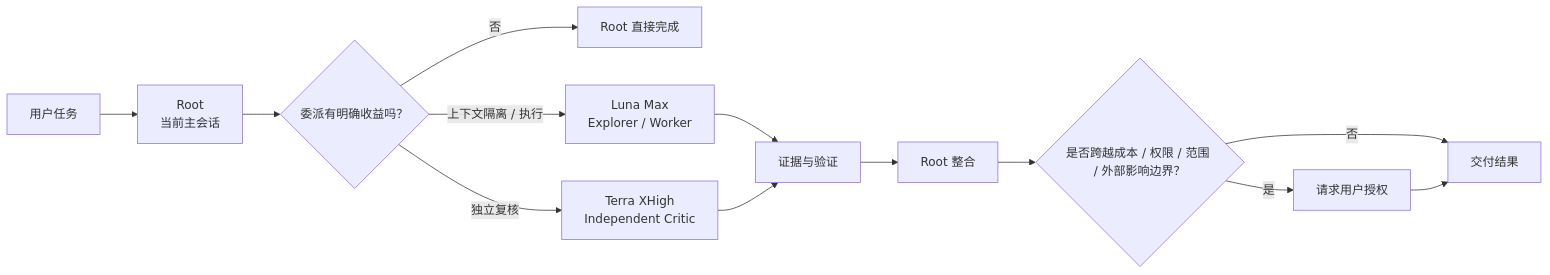
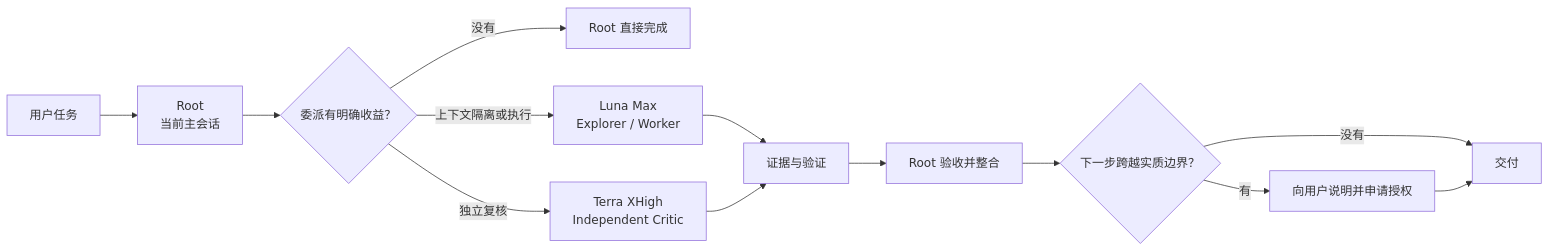
Before and after one commit to R-jed/codex-agent-team: the first of 3 diagrams in README.md, drawn with Mermaid. The commit also changed other lines of this file, not shown here.

````diff
--- a/README.md
+++ b/README.md
@@ -29,15 +27,15 @@
 ```mermaid
 flowchart LR
     U[用户任务] --> R[Root<br/>当前主会话]
-    R --> G{委派有明确收益吗？}
-    G -- 否 --> D[Root 直接完成]
-    G -- 上下文隔离 / 执行 --> L[Luna Max<br/>Explorer / Worker]
+    R --> G{委派有明确收益？}
+    G -- 没有 --> D[Root 直接完成]
+    G -- 上下文隔离或执行 --> L[Luna Max<br/>Explorer / Worker]
     G -- 独立复核 --> T[Terra XHigh<br/>Independent Critic]
-    L --> V[证据与验证]
-    T --> V
-    V --> R2[Root 整合]
-    R2 --> C{是否跨越成本 / 权限 / 范围 / 外部影响边界？}
-    C -- 否 --> O[交付结果]
-    C -- 是 --> H[请求用户授权]
+    L --> E[证据与验证]
+    T --> E
+    E --> R2[Root 验收并整合]
+    R2 --> C{下一步跨越实质边界？}
+    C -- 没有 --> O[交付]
+    C -- 有 --> H[向用户说明并申请授权]
     H --> O
 ```
````
